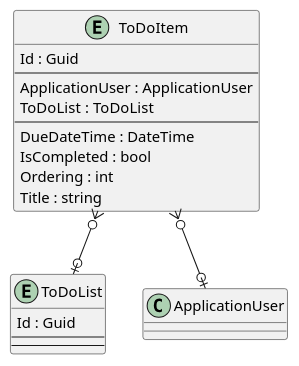
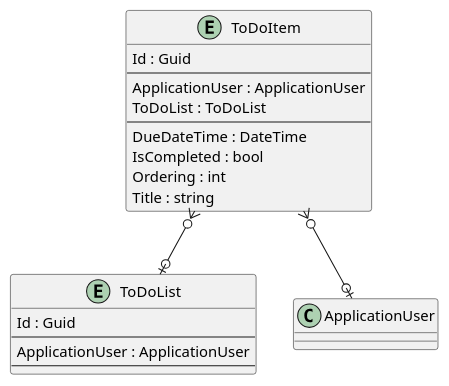
The diagram in .docs/Intrepion.ToDo.pu (intrepion/intrepion_to-do_web_blazor), drawn with PlantUML before and after one commit.

```diff
--- a/.docs/Intrepion.ToDo.pu
+++ b/.docs/Intrepion.ToDo.pu
@@ -1,31 +1,32 @@
 @startuml
 
 entity ToDoItem {
     Id : Guid
     --
     ApplicationUser : ApplicationUser
     ToDoList : ToDoList
     ' ToDoItemKeyCodePlaceholder
     --
     DueDateTime : DateTime
     IsCompleted : bool
     Ordering : int
     Title : string
     ' ToDoItemPropertyCodePlaceholder
 }
 
 entity ToDoList {
     Id : Guid
     --
+    ApplicationUser : ApplicationUser
     ' ToDoListKeyCodePlaceholder
     --
     ' ToDoListPropertyCodePlaceholder
 }
 
 ' EntityCodePlaceholder
 
 ToDoItem }o--o| ApplicationUser
 ToDoItem }o--o| ToDoList
 ' RelationshipCodePlaceholder
 
 @enduml
```
